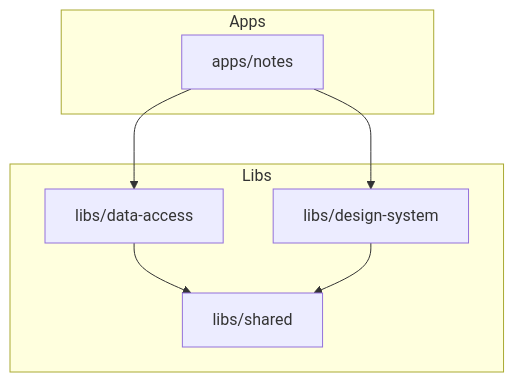
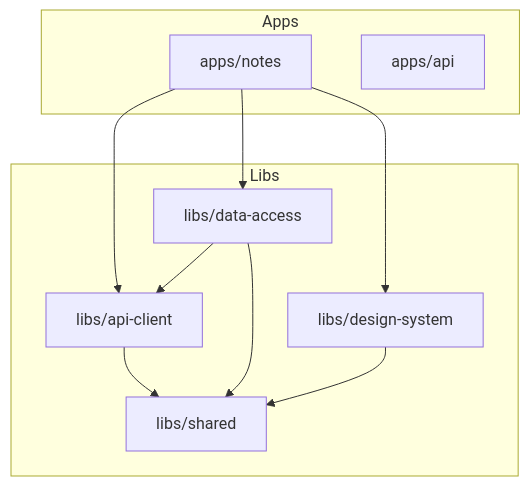
One commit to jovandyaz/collaborative_notes_app changed the diagram in README.md. Above: the diagram before and after it, drawn with Mermaid. The commit also changed other lines of this file and 14 other files, not shown here.

````diff
--- a/README.md
+++ b/README.md
@@ -55,17 +310,22 @@
 ```mermaid
-graph TD;
+graph TD
     subgraph Apps
         Notes[apps/notes]
+        API[apps/api]
     end
 
     subgraph Libs
+        ApiClient[libs/api-client]
         DataAccess[libs/data-access]
         DesignSystem[libs/design-system]
         Shared[libs/shared]
     end
 
+    Notes --> ApiClient
     Notes --> DataAccess
     Notes --> DesignSystem
+    ApiClient --> Shared
+    DataAccess --> ApiClient
     DataAccess --> Shared
     DesignSystem --> Shared
 ```
````
